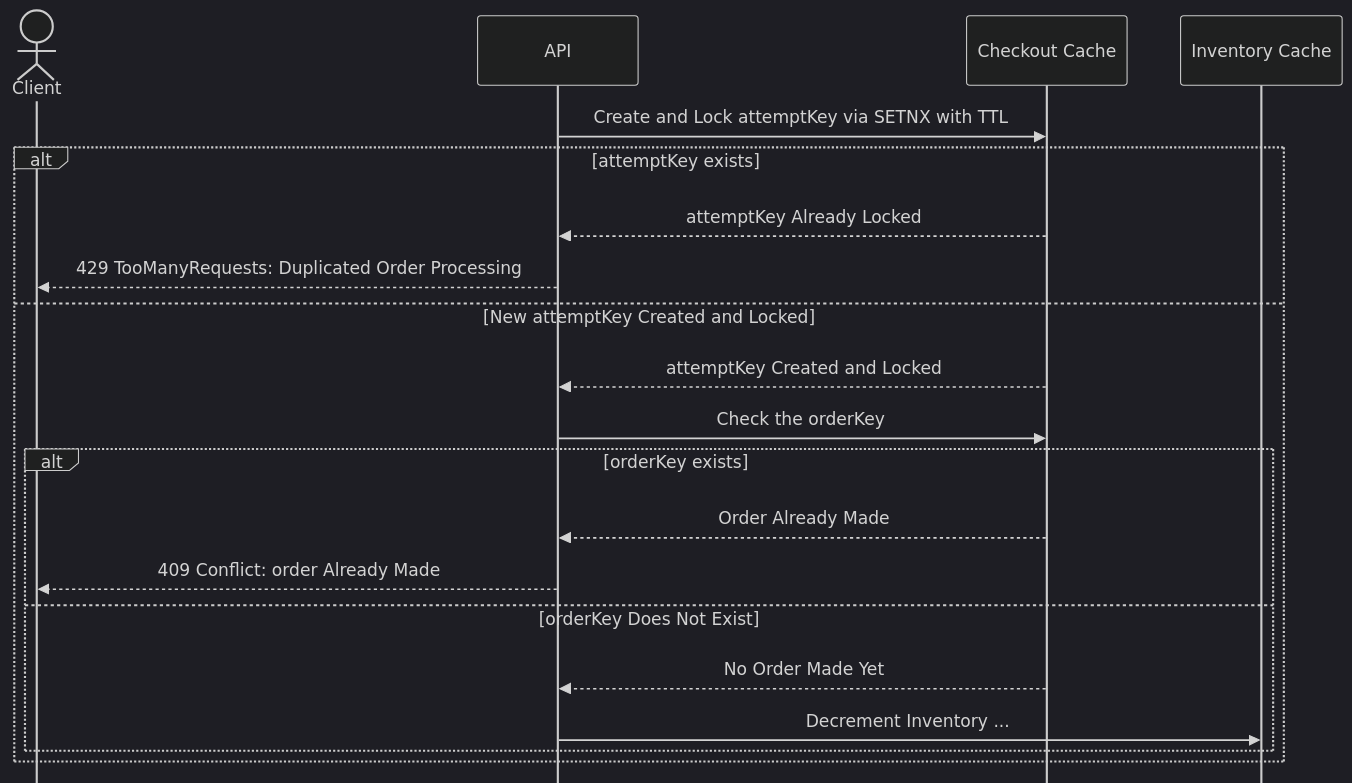
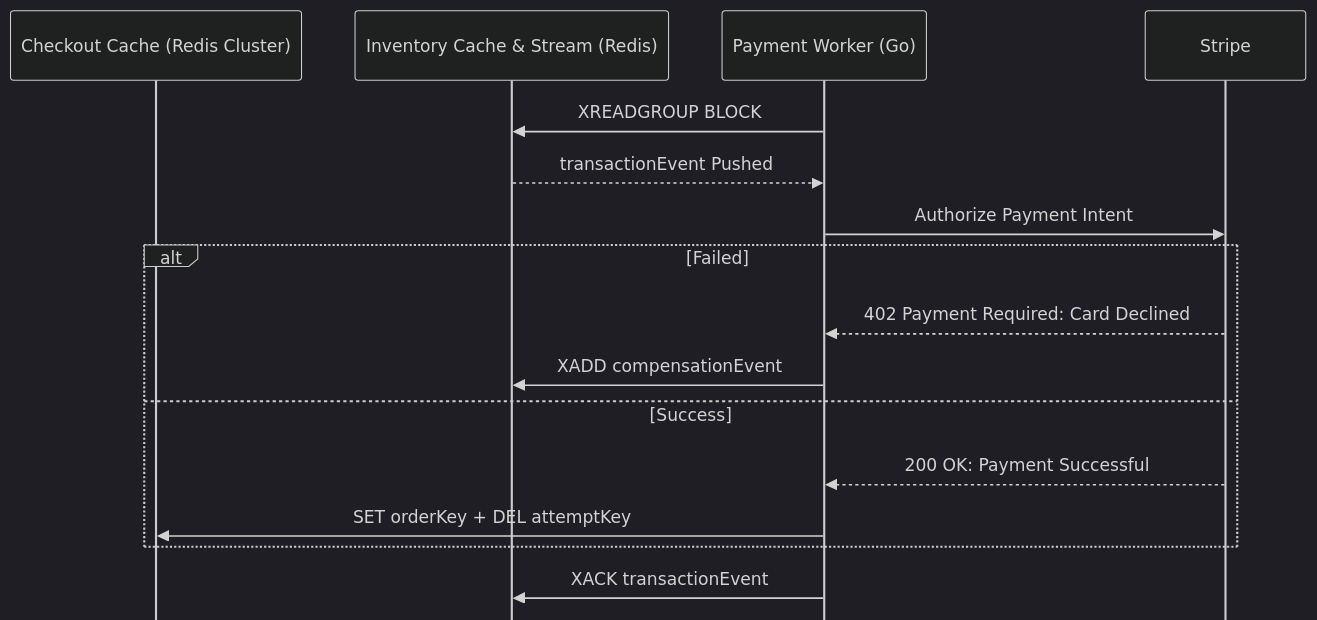
The second of 4 diagrams in docs/DESIGN.md (way-r/FairCheckout), drawn with Mermaid (dark theme) before and after one commit. The commit also changed other lines of this file, not shown here.

````diff
--- a/docs/DESIGN.md
+++ b/docs/DESIGN.md
@@ -57,27 +53,24 @@
 ```mermaid
 sequenceDiagram
-    %%{init: {'sequence': {'mirrorActors': false}}}%%
-
-    actor C as Client
-    participant A as API
-    participant CC as Checkout Cache
-    participant IC as Inventory Cache
-
-    A->>CC: Create and Lock attemptKey via SETNX with TTL
-
-    alt attemptKey exists
-        CC-->>A: attemptKey Already Locked
-        A-->>C: 429 TooManyRequests: Duplicated Order Processing
-    else New attemptKey Created and Locked
-        CC-->>A: attemptKey Created and Locked
-        A->>CC: Check the orderKey
-
-        alt orderKey exists
-            CC-->>A: Order Already Made
-            A-->>C: 409 Conflict: order Already Made
-        else orderKey Does Not Exist
-            CC-->>A: No Order Made Yet
-            A->>IC: Decrement Inventory ...
-        end
-    end
+	%%{init: {'sequence': {'mirrorActors': false}}}%%
+	
+	participant CC as Checkout Cache (Redis Cluster)
+	participant IC as Inventory Cache & Stream (Redis)
+	participant PW as Payment Worker (Go)
+	participant S as Stripe
+	
+	PW->>IC: XREADGROUP BLOCK
+	IC-->>PW: transactionEvent Pushed
+	
+	PW->>S: Authorize Payment Intent
+	
+	alt Failed
+	    S-->>PW: 402 Payment Required: Card Declined
+	    PW->>IC: XADD compensationEvent
+	else Success
+	    S-->>PW: 200 OK: Payment Successful
+	    PW->>CC: SET orderKey + DEL attemptKey
+	end
+	
+	PW->>IC: XACK transactionEvent
 ```
````
